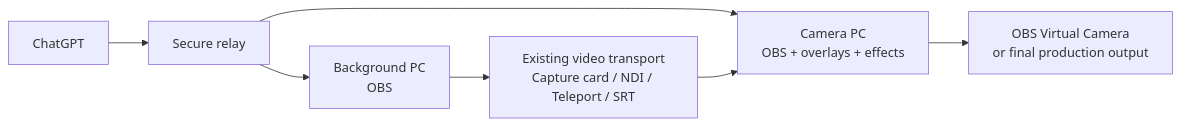
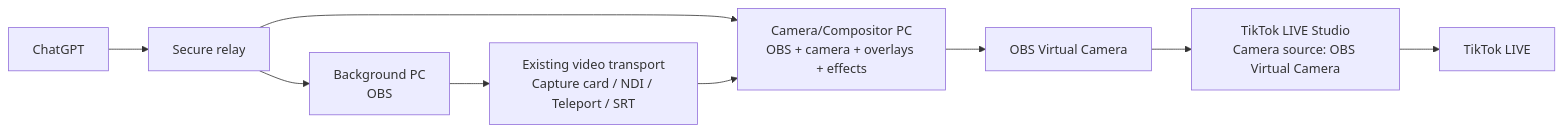
The diagram in docs/PHASE_2_DUAL_PC_PRODUCTION.md (BEA-BOLD-EVOLUTION/obs-studio-bridge), drawn with Mermaid before and after one commit. The commit also changed other lines of this file and 1 other file, not shown here.

First line of the commit message:
Require TikTok LIVE Studio compatibility for dual-PC mode (#10)

````diff
--- a/docs/PHASE_2_DUAL_PC_PRODUCTION.md
+++ b/docs/PHASE_2_DUAL_PC_PRODUCTION.md
@@ -20,16 +41,20 @@
 ```mermaid
 flowchart LR
     C["ChatGPT"]
     R["Secure relay"]
     B["Background PC<br/>OBS"]
     T["Existing video transport<br/>Capture card / NDI / Teleport / SRT"]
-    V["Camera PC<br/>OBS + overlays + effects"]
-    O["OBS Virtual Camera<br/>or final production output"]
+    V["Camera/Compositor PC<br/>OBS + camera + overlays + effects"]
+    O["OBS Virtual Camera"]
+    L["TikTok LIVE Studio<br/>Camera source: OBS Virtual Camera"]
+    K["TikTok LIVE"]
 
     C --> R
     R --> B
     R --> V
     B --> T
     T --> V
     V --> O
+    O --> L
+    L --> K
 ```
````
